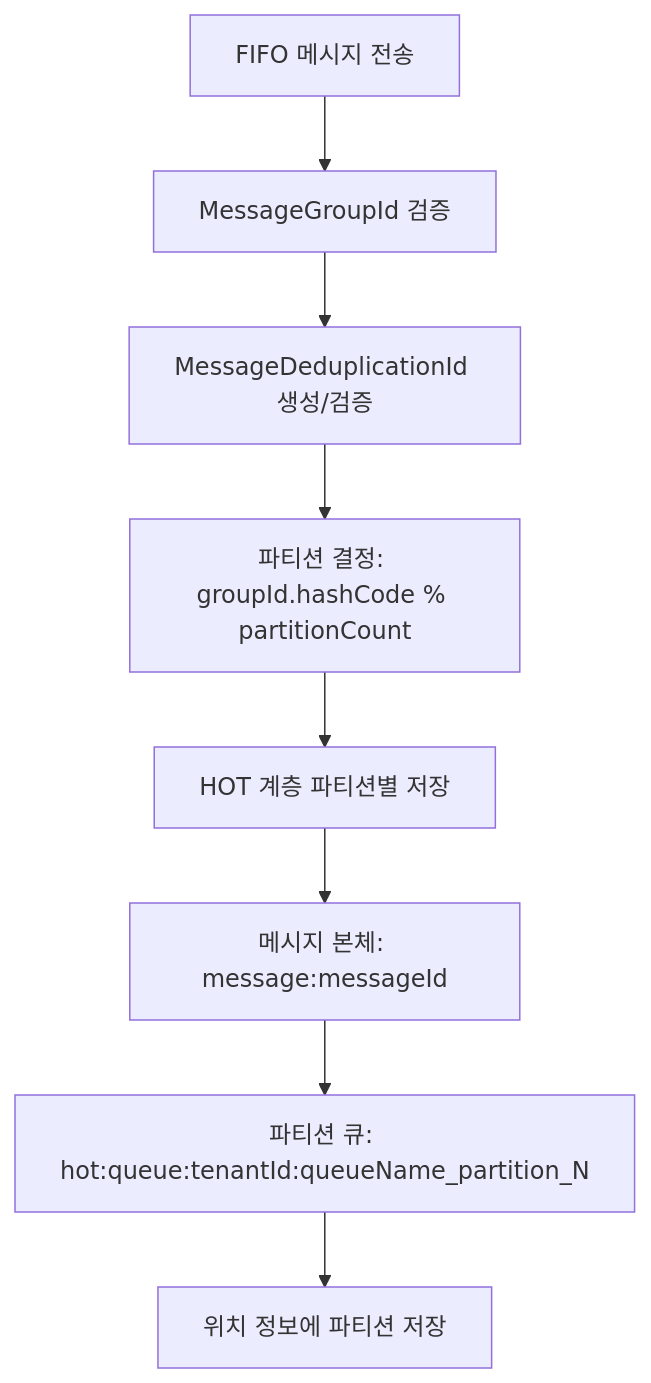
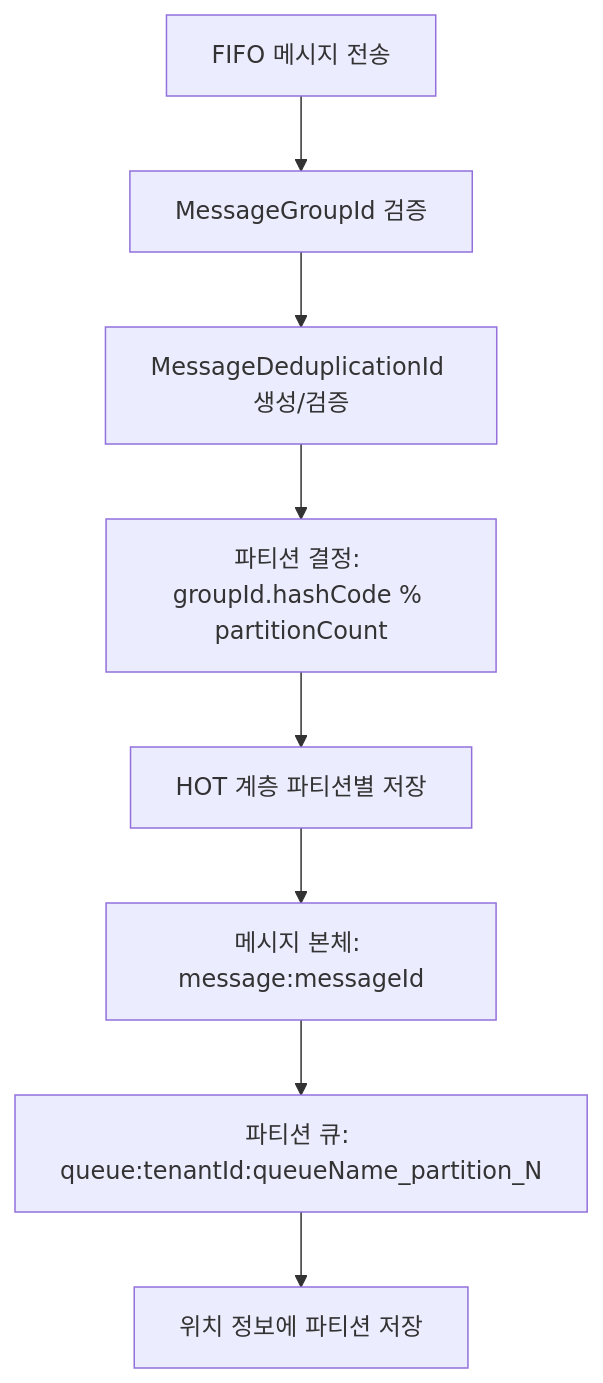
Before and after one commit to jyukki97/simple-queue-service: the second of 3 diagrams in docs/message-processing-architecture.md, drawn with Mermaid. The commit also changed other lines of this file and 24 other files, not shown here.

````diff
--- a/docs/message-processing-architecture.md
+++ b/docs/message-processing-architecture.md
@@ -193,10 +193,10 @@
 ```mermaid
 graph TD
     A[FIFO 메시지 전송] --> B[MessageGroupId 검증]
     B --> C[MessageDeduplicationId 생성/검증]
     C --> D[파티션 결정: groupId.hashCode % partitionCount]
     D --> E[HOT 계층 파티션별 저장]
     E --> F[메시지 본체: message:messageId]
-    F --> G[파티션 큐: hot:queue:tenantId:queueName_partition_N]
+    F --> G[파티션 큐: queue:tenantId:queueName_partition_N]
     G --> H[위치 정보에 파티션 저장]
 ```
````
